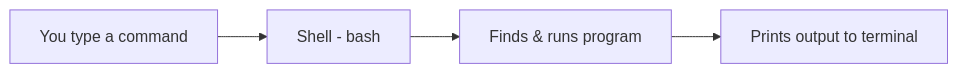
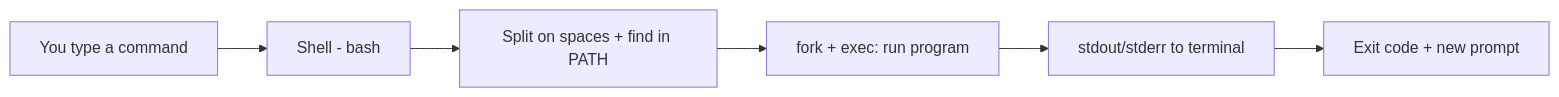
Before and after one commit to cloud-prakhar/learning-linux: the diagram in 01-linux-setup/terminal-basics.md, drawn with Mermaid. The commit also changed other lines of this file and 69 other files, not shown here.

````diff
--- a/01-linux-setup/terminal-basics.md
+++ b/01-linux-setup/terminal-basics.md
@@ -25,6 +32,8 @@
 ```mermaid
 flowchart LR
     You[You type a command] --> Shell[Shell - bash]
-    Shell --> Prog[Finds & runs program]
-    Prog --> Out[Prints output to terminal]
+    Shell --> Parse[Split on spaces + find in PATH]
+    Parse --> Prog[fork + exec: run program]
+    Prog --> Out[stdout/stderr to terminal]
+    Out --> Prompt[Exit code + new prompt]
 ```
````
